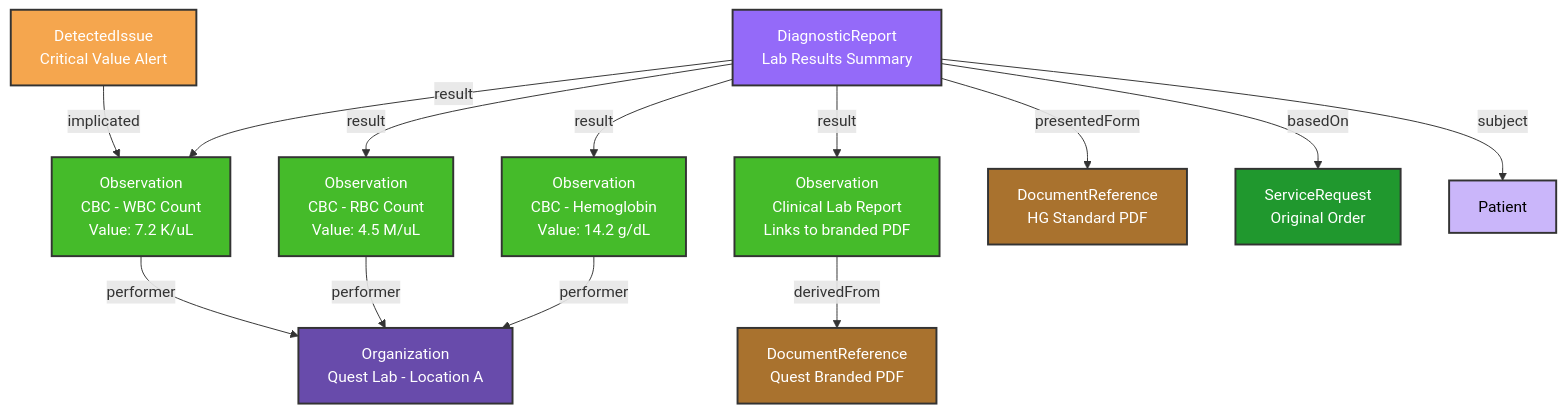
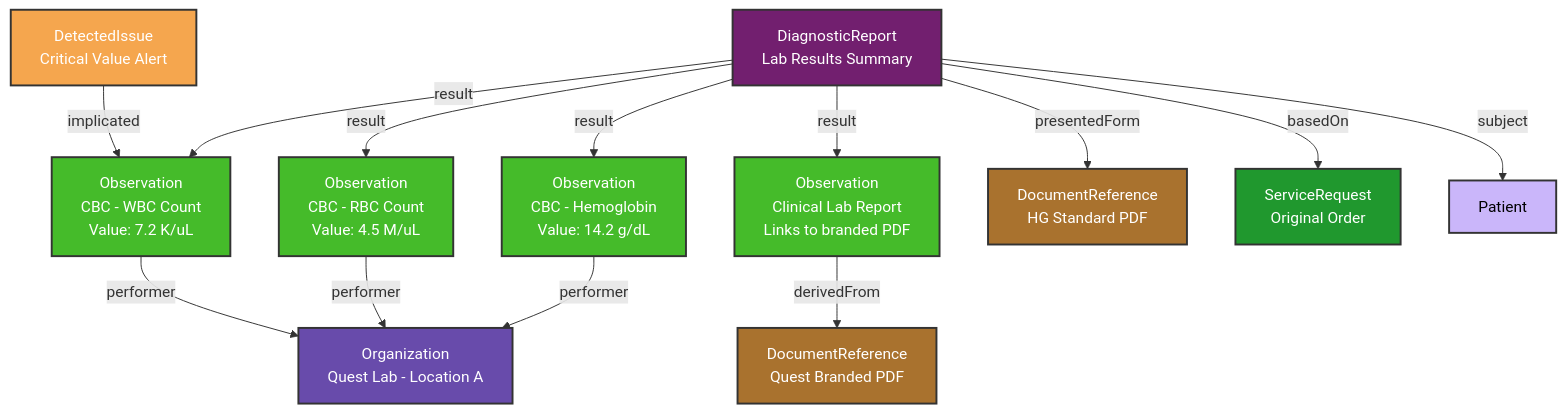
One commit to medplum/medplum changed the diagram in packages/docs/docs/integration/health-gorilla/receiving-results.md. Above: the diagram before and after it, drawn with Mermaid. The commit also changed 34 other files, not shown here.

````diff
--- a/packages/docs/docs/integration/health-gorilla/receiving-results.md
+++ b/packages/docs/docs/integration/health-gorilla/receiving-results.md
@@ -29,36 +29,36 @@
 ```mermaid
 graph TD
     DR[DiagnosticReport<br/>Lab Results Summary] -->|result| Obs1[Observation<br/>CBC - WBC Count<br/>Value: 7.2 K/uL]
     DR -->|result| Obs2[Observation<br/>CBC - RBC Count<br/>Value: 4.5 M/uL]
     DR -->|result| Obs3[Observation<br/>CBC - Hemoglobin<br/>Value: 14.2 g/dL]
     DR -->|result| CLR[Observation<br/>Clinical Lab Report<br/>Links to branded PDF]
 
     DR -->|presentedForm| PDF1[DocumentReference<br/>HG Standard PDF]
     CLR -->|derivedFrom| PDF2[DocumentReference<br/>Quest Branded PDF]
 
     DR -->|basedOn| SR[ServiceRequest<br/>Original Order]
 
     Obs1 -->|performer| Lab1[Organization<br/>Quest Lab - Location A]
     Obs2 -->|performer| Lab1
     Obs3 -->|performer| Lab1
 
     DR -->|subject| Patient[Patient]
 
     DI[DetectedIssue<br/>Critical Value Alert] -->|implicated| Obs1
 
-    classDef report fill:#946af9,stroke:#333,stroke-width:2px,color:#fff
+    classDef report fill:#721f6f,stroke:#333,stroke-width:2px,color:#fff
     classDef observation fill:#45bb2a,stroke:#333,stroke-width:2px,color:#fff
     classDef document fill:#a9722e,stroke:#333,stroke-width:2px,color:#fff
     classDef organization fill:#684bab,stroke:#333,stroke-width:2px,color:#fff
     classDef issue fill:#f5a64e,stroke:#333,stroke-width:2px,color:#fff
     classDef patient fill:#cab6fa,stroke:#333,stroke-width:2px,color:#000
     classDef serviceRequest fill:#20982e,stroke:#333,stroke-width:2px,color:#fff
 
     class DR report
     class Obs1,Obs2,Obs3,CLR observation
     class PDF1,PDF2 document
     class Lab1 organization
     class DI issue
     class Patient patient
     class SR serviceRequest
 ```
````
